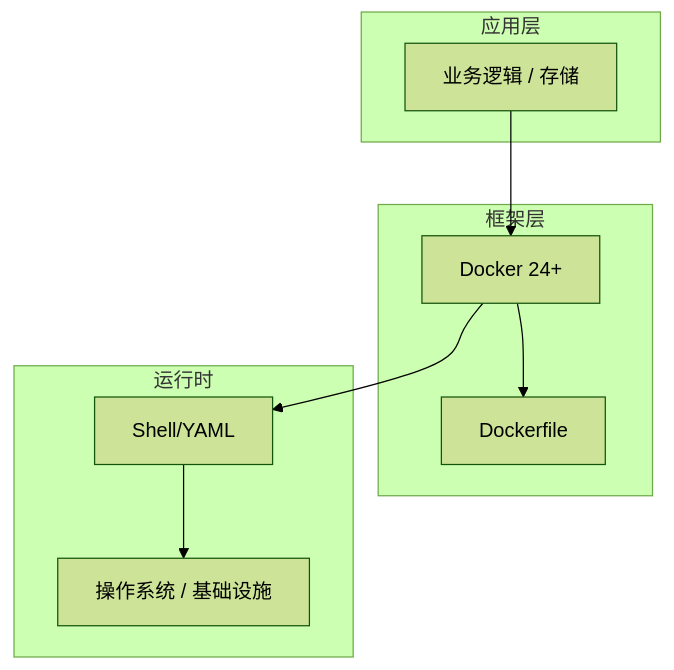
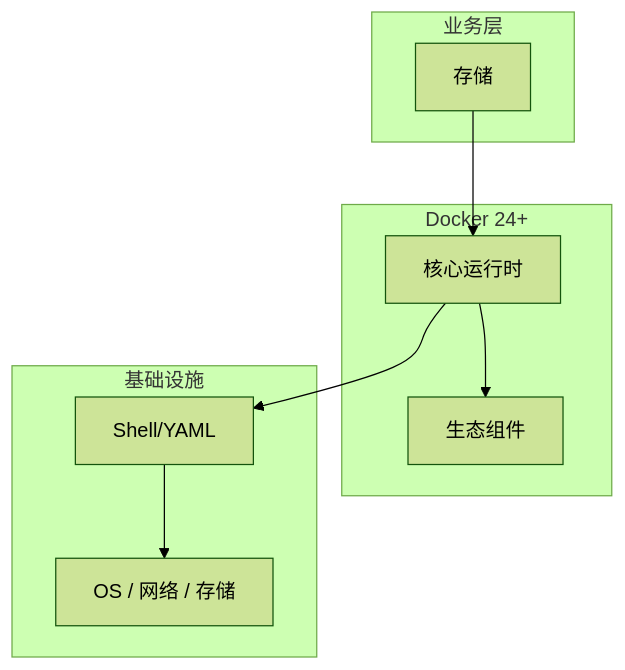
Before and after one commit to yanggan2015/knowledge-json-v2: the diagram in articles/Docker/chapters/036-存储核心概念与原理.md, drawn with Mermaid (forest theme). The commit also changed other lines of this file and 10127 other files, not shown here.

````diff
--- a/articles/Docker/chapters/036-存储核心概念与原理.md
+++ b/articles/Docker/chapters/036-存储核心概念与原理.md
@@ -45,18 +34,18 @@
 ```mermaid
 graph TB
-    subgraph 应用层
-        A[业务逻辑 / 存储]
+    subgraph 业务层
+        A[存储]
     end
-    subgraph 框架层
-        B[Docker 24+]
-        C[Dockerfile]
+    subgraph Docker 24+
+        B[核心运行时]
+        C[生态组件]
     end
-    subgraph 运行时
+    subgraph 基础设施
         D[Shell/YAML]
-        E[操作系统 / 基础设施]
+        E[OS / 网络 / 存储]
     end
     A --> B
     B --> C
     B --> D
     D --> E
 ```
````
